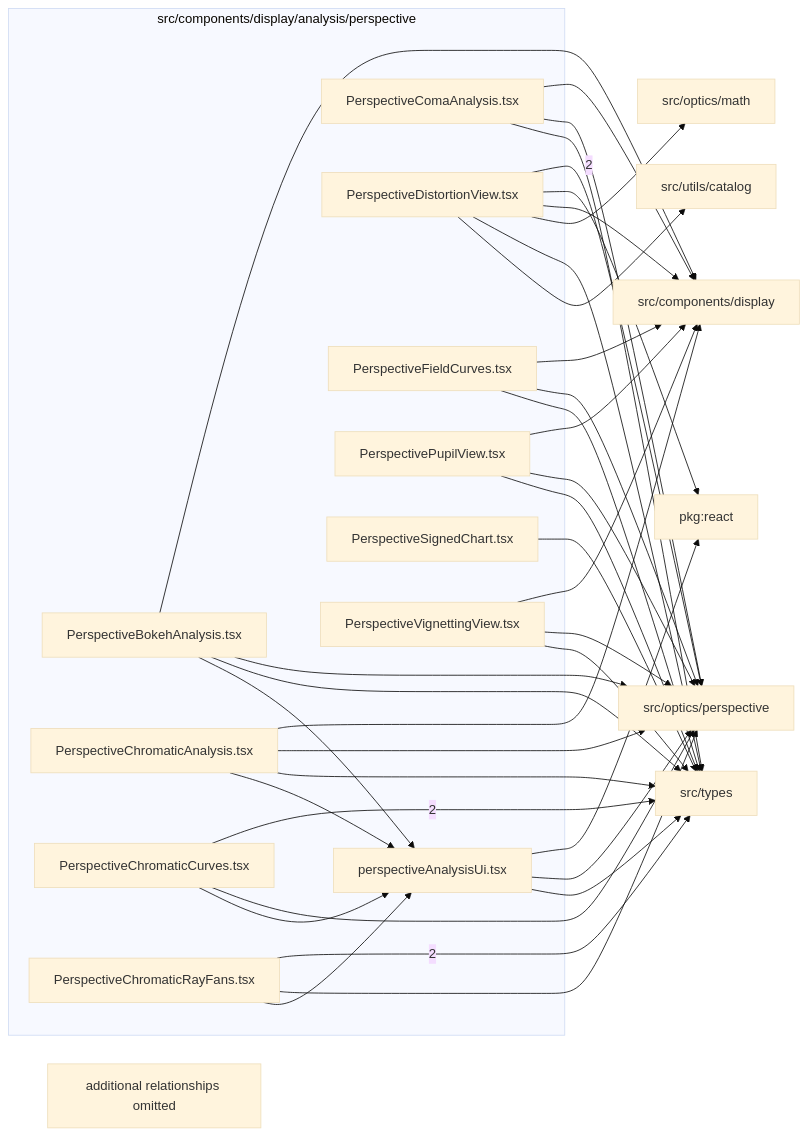
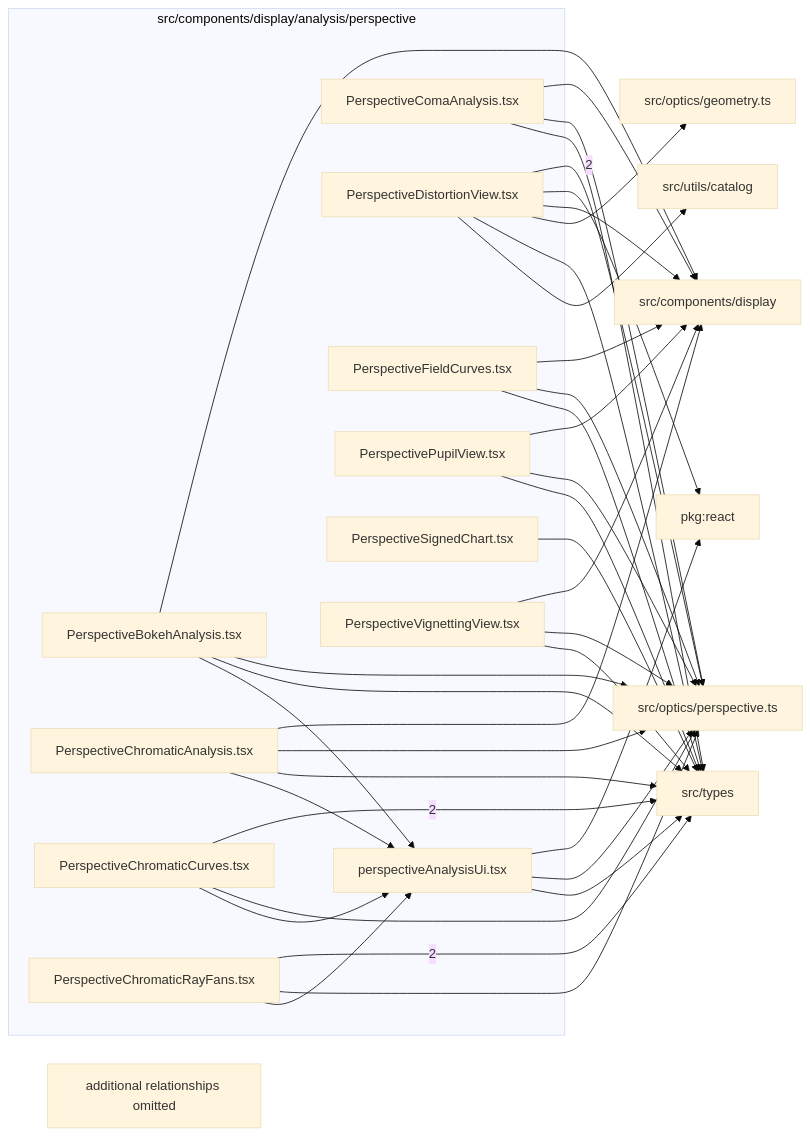
The diagram in src/components/display/analysis/perspective/readme.md (ronbuening/LensVisualizer), drawn with Mermaid (base theme) before and after one commit. The commit also changed other lines of this file and 439 other files, not shown here.

````diff
--- a/src/components/display/analysis/perspective/readme.md
+++ b/src/components/display/analysis/perspective/readme.md
@@ -9,59 +9,59 @@
 ```mermaid
 flowchart LR
   subgraph n_src_components_display_analysis_perspective["src/components/display/analysis/perspective"]
     n_src_components_display_analysis_perspective_src_components_display_analysis_perspective_perspectiveAnalysisUi_tsx["perspectiveAnalysisUi.tsx"]
     n_src_components_display_analysis_perspective_src_components_display_analysis_perspective_PerspectiveBokehAnalysis_tsx["PerspectiveBokehAnalysis.tsx"]
     n_src_components_display_analysis_perspective_src_components_display_analysis_perspective_PerspectiveChromaticAnalysis_tsx["PerspectiveChromaticAnalysis.tsx"]
     n_src_components_display_analysis_perspective_src_components_display_analysis_perspective_PerspectiveChromaticCurves_tsx["PerspectiveChromaticCurves.tsx"]
     n_src_components_display_analysis_perspective_src_components_display_analysis_perspective_PerspectiveChromaticRayFans_tsx["PerspectiveChromaticRayFans.tsx"]
     n_src_components_display_analysis_perspective_src_components_display_analysis_perspective_PerspectiveComaAnalysis_tsx["PerspectiveComaAnalysis.tsx"]
     n_src_components_display_analysis_perspective_src_components_display_analysis_perspective_PerspectiveDistortionView_tsx["PerspectiveDistortionView.tsx"]
     n_src_components_display_analysis_perspective_src_components_display_analysis_perspective_PerspectiveFieldCurves_tsx["PerspectiveFieldCurves.tsx"]
     n_src_components_display_analysis_perspective_src_components_display_analysis_perspective_PerspectivePupilView_tsx["PerspectivePupilView.tsx"]
     n_src_components_display_analysis_perspective_src_components_display_analysis_perspective_PerspectiveSignedChart_tsx["PerspectiveSignedChart.tsx"]
     n_src_components_display_analysis_perspective_src_components_display_analysis_perspective_PerspectiveVignettingView_tsx["PerspectiveVignettingView.tsx"]
   end
-  n_external_src_optics_perspective["src/optics/perspective"]
+  n_external_src_optics_perspective_ts["src/optics/perspective.ts"]
   n_external_src_types["src/types"]
   n_external_pkg_react["pkg:react"]
   n_external_src_components_display["src/components/display"]
-  n_external_src_optics_math["src/optics/math"]
+  n_external_src_optics_geometry_ts["src/optics/geometry.ts"]
   n_external_src_utils_catalog["src/utils/catalog"]
-  n_src_components_display_analysis_perspective_src_components_display_analysis_perspective_PerspectiveDistortionView_tsx --> |2| n_external_src_optics_perspective
+  n_src_components_display_analysis_perspective_src_components_display_analysis_perspective_PerspectiveDistortionView_tsx --> |2| n_external_src_optics_perspective_ts
   n_src_components_display_analysis_perspective_src_components_display_analysis_perspective_PerspectiveChromaticCurves_tsx --> |2| n_external_src_types
   n_src_components_display_analysis_perspective_src_components_display_analysis_perspective_PerspectiveChromaticRayFans_tsx --> |2| n_external_src_types
   n_src_components_display_analysis_perspective_src_components_display_analysis_perspective_perspectiveAnalysisUi_tsx --> n_external_pkg_react
   n_src_components_display_analysis_perspective_src_components_display_analysis_perspective_PerspectiveDistortionView_tsx --> n_external_pkg_react
   n_src_components_display_analysis_perspective_src_components_display_analysis_perspective_PerspectiveBokehAnalysis_tsx --> n_external_src_components_display
   n_src_components_display_analysis_perspective_src_components_display_analysis_perspective_PerspectiveChromaticAnalysis_tsx --> n_external_src_components_display
   n_src_components_display_analysis_perspective_src_components_display_analysis_perspective_PerspectiveComaAnalysis_tsx --> n_external_src_components_display
   n_src_components_display_analysis_perspective_src_components_display_analysis_perspective_PerspectiveDistortionView_tsx --> n_external_src_components_display
   n_src_components_display_analysis_perspective_src_components_display_analysis_perspective_PerspectiveFieldCurves_tsx --> n_external_src_components_display
   n_src_components_display_analysis_perspective_src_components_display_analysis_perspective_PerspectivePupilView_tsx --> n_external_src_components_display
   n_src_components_display_analysis_perspective_src_components_display_analysis_perspective_PerspectiveVignettingView_tsx --> n_external_src_components_display
-  n_src_components_display_analysis_perspective_src_components_display_analysis_perspective_PerspectiveDistortionView_tsx --> n_external_src_optics_math
-  n_src_components_display_analysis_perspective_src_components_display_analysis_perspective_perspectiveAnalysisUi_tsx --> n_external_src_optics_perspective
-  n_src_components_display_analysis_perspective_src_components_display_analysis_perspective_PerspectiveBokehAnalysis_tsx --> n_external_src_optics_perspective
-  n_src_components_display_analysis_perspective_src_components_display_analysis_perspective_PerspectiveChromaticAnalysis_tsx --> n_external_src_optics_perspective
-  n_src_components_display_analysis_perspective_src_components_display_analysis_perspective_PerspectiveChromaticCurves_tsx --> n_external_src_optics_perspective
-  n_src_components_display_analysis_perspective_src_components_display_analysis_perspective_PerspectiveChromaticRayFans_tsx --> n_external_src_optics_perspective
-  n_src_components_display_analysis_perspective_src_components_display_analysis_perspective_PerspectiveComaAnalysis_tsx --> n_external_src_optics_perspective
-  n_src_components_display_analysis_perspective_src_components_display_analysis_perspective_PerspectiveFieldCurves_tsx --> n_external_src_optics_perspective
-  n_src_components_display_analysis_perspective_src_components_display_analysis_perspective_PerspectivePupilView_tsx --> n_external_src_optics_perspective
-  n_src_components_display_analysis_perspective_src_components_display_analysis_perspective_PerspectiveVignettingView_tsx --> n_external_src_optics_perspective
+  n_src_components_display_analysis_perspective_src_components_display_analysis_perspective_PerspectiveDistortionView_tsx --> n_external_src_optics_geometry_ts
+  n_src_components_display_analysis_perspective_src_components_display_analysis_perspective_perspectiveAnalysisUi_tsx --> n_external_src_optics_perspective_ts
+  n_src_components_display_analysis_perspective_src_components_display_analysis_perspective_PerspectiveBokehAnalysis_tsx --> n_external_src_optics_perspective_ts
+  n_src_components_display_analysis_perspective_src_components_display_analysis_perspective_PerspectiveChromaticAnalysis_tsx --> n_external_src_optics_perspective_ts
+  n_src_components_display_analysis_perspective_src_components_display_analysis_perspective_PerspectiveChromaticCurves_tsx --> n_external_src_optics_perspective_ts
+  n_src_components_display_analysis_perspective_src_components_display_analysis_perspective_PerspectiveChromaticRayFans_tsx --> n_external_src_optics_perspective_ts
+  n_src_components_display_analysis_perspective_src_components_display_analysis_perspective_PerspectiveComaAnalysis_tsx --> n_external_src_optics_perspective_ts
+  n_src_components_display_analysis_perspective_src_components_display_analysis_perspective_PerspectiveFieldCurves_tsx --> n_external_src_optics_perspective_ts
+  n_src_components_display_analysis_perspective_src_components_display_analysis_perspective_PerspectivePupilView_tsx --> n_external_src_optics_perspective_ts
+  n_src_components_display_analysis_perspective_src_components_display_analysis_perspective_PerspectiveVignettingView_tsx --> n_external_src_optics_perspective_ts
   n_src_components_display_analysis_perspective_src_components_display_analysis_perspective_perspectiveAnalysisUi_tsx --> n_external_src_types
   n_src_components_display_analysis_perspective_src_components_display_analysis_perspective_PerspectiveBokehAnalysis_tsx --> n_external_src_types
   n_src_components_display_analysis_perspective_src_components_display_analysis_perspective_PerspectiveChromaticAnalysis_tsx --> n_external_src_types
   n_src_components_display_analysis_perspective_src_components_display_analysis_perspective_PerspectiveComaAnalysis_tsx --> n_external_src_types
   n_src_components_display_analysis_perspective_src_components_display_analysis_perspective_PerspectiveDistortionView_tsx --> n_external_src_types
   n_src_components_display_analysis_perspective_src_components_display_analysis_perspective_PerspectiveFieldCurves_tsx --> n_external_src_types
   n_src_components_display_analysis_perspective_src_components_display_analysis_perspective_PerspectivePupilView_tsx --> n_external_src_types
   n_src_components_display_analysis_perspective_src_components_display_analysis_perspective_PerspectiveSignedChart_tsx --> n_external_src_types
   n_src_components_display_analysis_perspective_src_components_display_analysis_perspective_PerspectiveVignettingView_tsx --> n_external_src_types
   n_src_components_display_analysis_perspective_src_components_display_analysis_perspective_PerspectiveDistortionView_tsx --> n_external_src_utils_catalog
   n_src_components_display_analysis_perspective_src_components_display_analysis_perspective_PerspectiveBokehAnalysis_tsx --> n_src_components_display_analysis_perspective_src_components_display_analysis_perspective_perspectiveAnalysisUi_tsx
   n_src_components_display_analysis_perspective_src_components_display_analysis_perspective_PerspectiveChromaticAnalysis_tsx --> n_src_components_display_analysis_perspective_src_components_display_analysis_perspective_perspectiveAnalysisUi_tsx
   n_src_components_display_analysis_perspective_src_components_display_analysis_perspective_PerspectiveChromaticCurves_tsx --> n_src_components_display_analysis_perspective_src_components_display_analysis_perspective_perspectiveAnalysisUi_tsx
   n_src_components_display_analysis_perspective_src_components_display_analysis_perspective_PerspectiveChromaticRayFans_tsx --> n_src_components_display_analysis_perspective_src_components_display_analysis_perspective_perspectiveAnalysisUi_tsx
   n_src_components_display_analysis_perspective_truncated["additional relationships omitted"]
 ```
````
